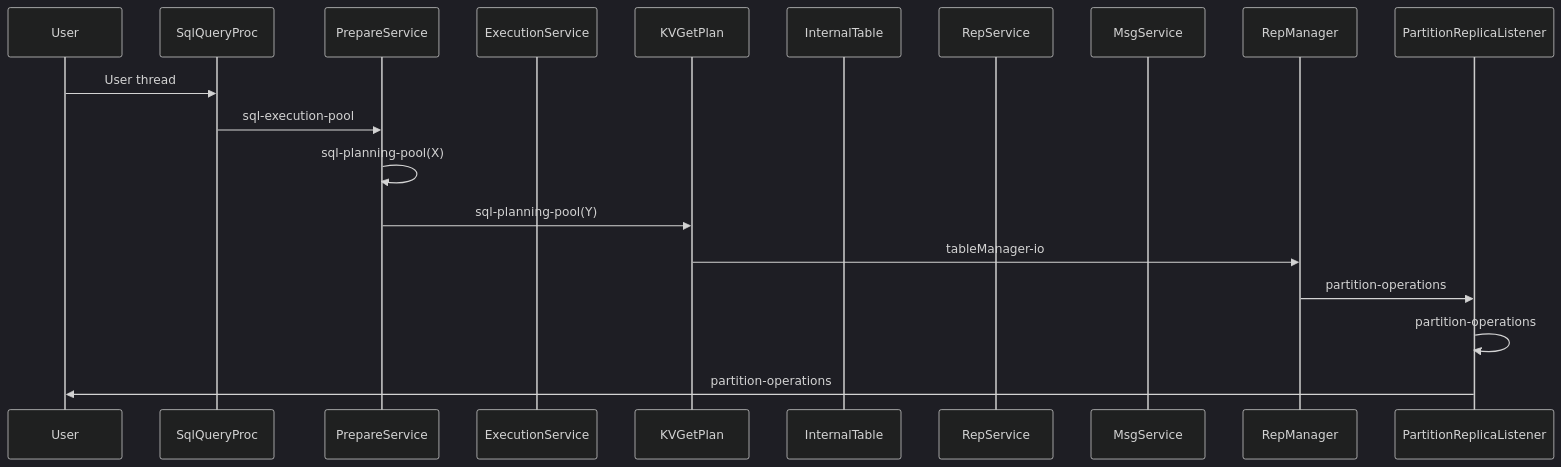
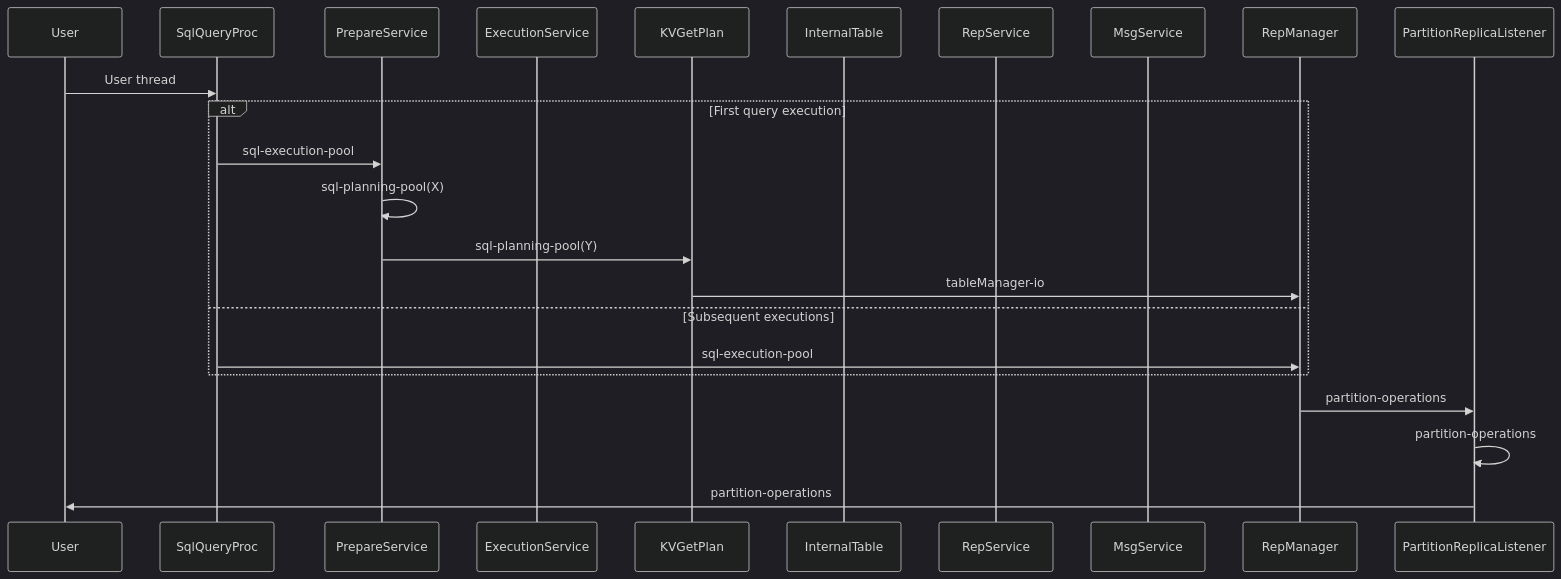
Before and after one commit to gridgain/apache-ignite-3: the third of 4 diagrams in thread-traces.md, drawn with Mermaid (dark theme).

````diff
--- a/thread-traces.md
+++ b/thread-traces.md
@@ -60,22 +60,26 @@
 ```mermaid
 sequenceDiagram
 participant User
 participant SQLProc as SqlQueryProc
 participant PrepareService
 participant ExecutionService
 participant KVGetPlan
 participant InternalTable
 participant RepService
 participant MsgService
 participant RepManager
 participant PRL as PartitionReplicaListener
 
 User ->> SQLProc: User thread
-SQLProc ->> PrepareService: sql-execution-pool
-PrepareService ->> PrepareService: sql-planning-pool(X)
-PrepareService ->> KVGetPlan: sql-planning-pool(Y)
-KVGetPlan ->> RepManager: tableManager-io
+alt First query execution
+  SQLProc ->> PrepareService: sql-execution-pool
+  PrepareService ->> PrepareService: sql-planning-pool(X)
+  PrepareService ->> KVGetPlan: sql-planning-pool(Y)
+  KVGetPlan ->> RepManager: tableManager-io
+else Subsequent executions
+  SQLProc ->> RepManager: sql-execution-pool
+end
 RepManager ->> PRL: partition-operations
 PRL ->> PRL: partition-operations
 PRL ->> User: partition-operations
 ```
````
